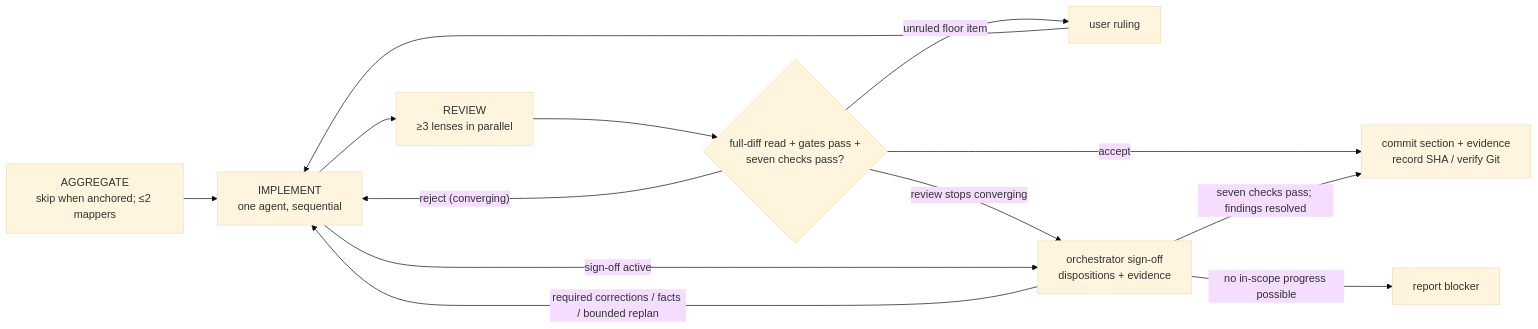
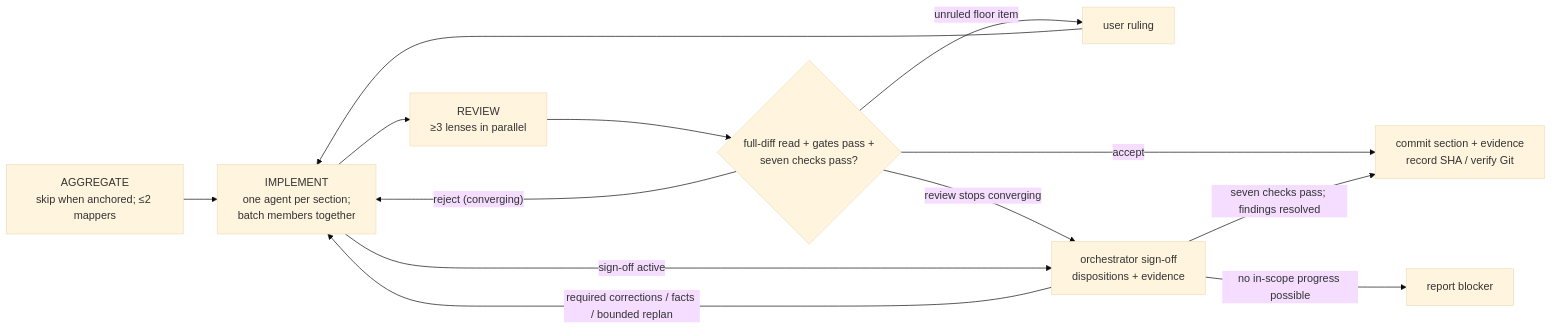
The first of 2 diagrams in skills/goal-driven-implementation/assets/plan-template.md (carboni123/goal-driven-implementation), drawn with Mermaid (base theme) before and after one commit. The commit also changed other lines of this file and 13 other files, not shown here.

````diff
--- a/skills/goal-driven-implementation/assets/plan-template.md
+++ b/skills/goal-driven-implementation/assets/plan-template.md
@@ -163,15 +166,15 @@
 ```mermaid
 flowchart LR
-  AGG["AGGREGATE<br>skip when anchored; ≤2 mappers"] --> IMPL["IMPLEMENT<br>one agent, sequential"]
+  AGG["AGGREGATE<br>skip when anchored; ≤2 mappers"] --> IMPL["IMPLEMENT<br>one agent per section;<br>batch members together"]
   IMPL --> REV["REVIEW<br>≥3 lenses in parallel"]
   REV --> GATE{"full-diff read + gates pass +<br>seven checks pass?"}
   GATE -- "reject (converging)" --> IMPL
   GATE -- accept --> COMMIT["commit section + evidence<br>record SHA / verify Git"]
   GATE -- "unruled floor item" --> USER["user ruling"]
   GATE -- "review stops converging" --> SIGN["orchestrator sign-off<br>dispositions + evidence"]
   USER --> IMPL
   SIGN -- "required corrections / facts / bounded replan" --> IMPL
   IMPL -- "sign-off active" --> SIGN
   SIGN -- "seven checks pass; findings resolved" --> COMMIT
   SIGN -- "no in-scope progress possible" --> STOP["report blocker"]
 ```
````
